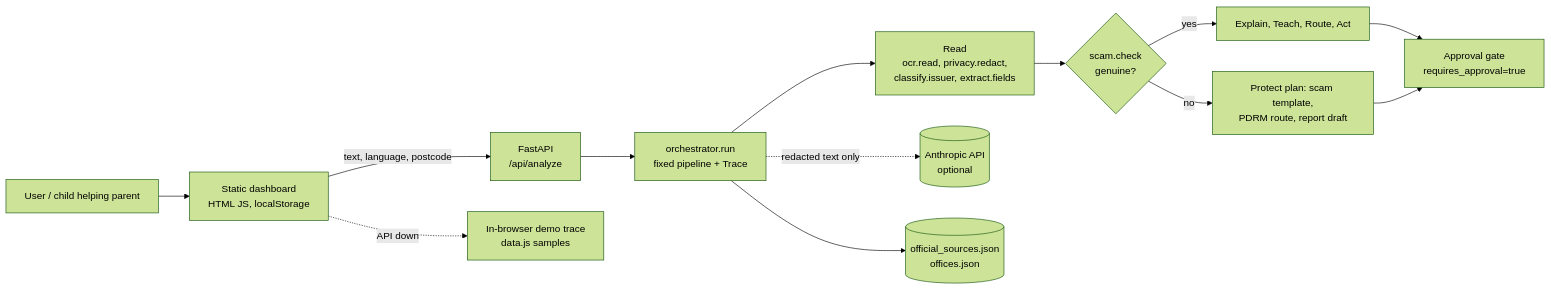
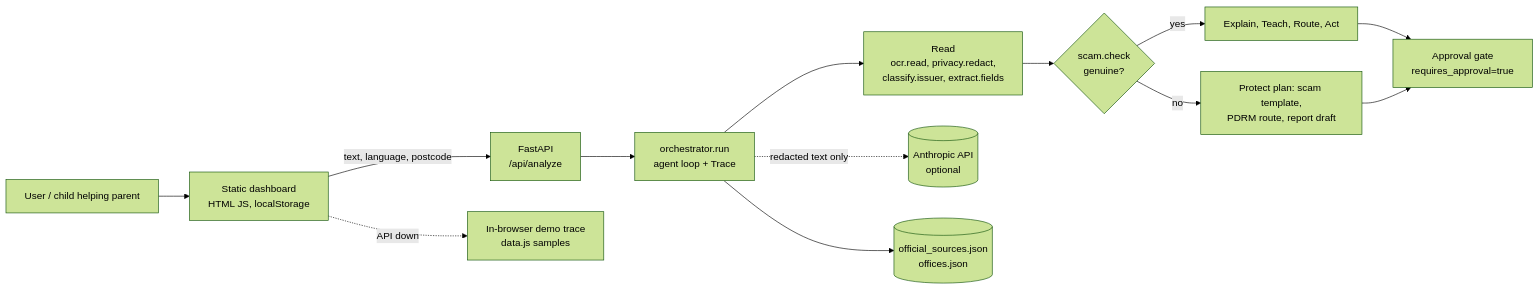
Before and after one commit to lkaixian/faham: the diagram in docs/RESEARCH.md, drawn with Mermaid (forest theme). The commit also changed other lines of this file and 16 other files, not shown here.

First line of the commit message:
Plain-language progress and result timeline; verify hard agent signals; agent documentation

````diff
--- a/docs/RESEARCH.md
+++ b/docs/RESEARCH.md
@@ -7,15 +7,15 @@
 ```mermaid
 flowchart LR
   U[User / child helping parent] --> FE[Static dashboard<br/>HTML JS, localStorage]
   FE -- text, language, postcode --> API[FastAPI<br/>/api/analyze]
   FE -. API down .-> DEMO[In-browser demo trace<br/>data.js samples]
-  API --> ORCH[orchestrator.run<br/>fixed pipeline + Trace]
+  API --> ORCH[orchestrator.run<br/>agent loop + Trace]
   ORCH --> R[Read<br/>ocr.read, privacy.redact,<br/>classify.issuer, extract.fields]
   R --> V{scam.check<br/>genuine?}
   V -- yes --> E[Explain, Teach, Route, Act]
   V -- no --> P[Protect plan: scam template,<br/>PDRM route, report draft]
   E --> G[Approval gate<br/>requires_approval=true]
   P --> G
   ORCH -. redacted text only .-> LLM[(Anthropic API<br/>optional)]
   ORCH --> REG[(official_sources.json<br/>offices.json)]
 ```
````
